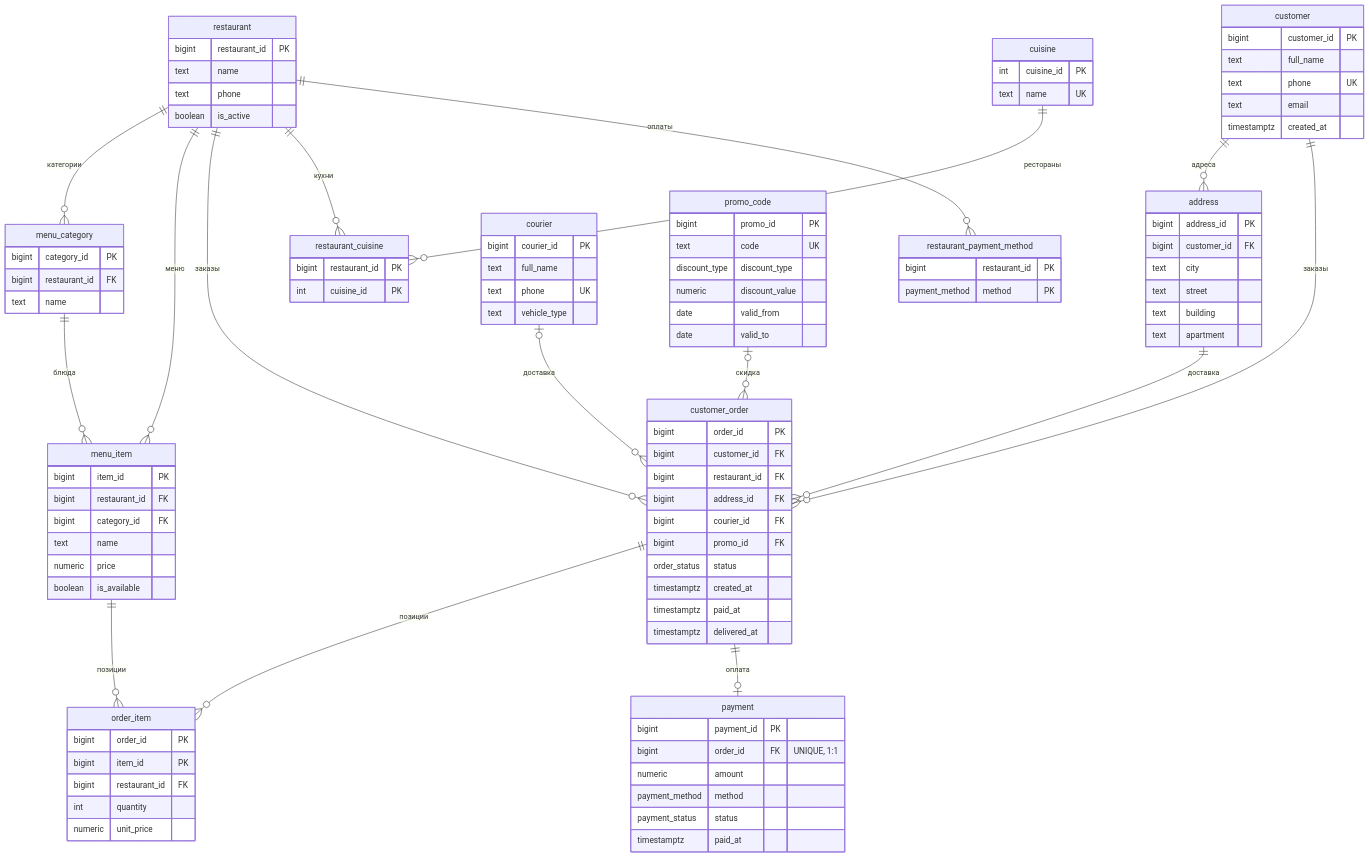
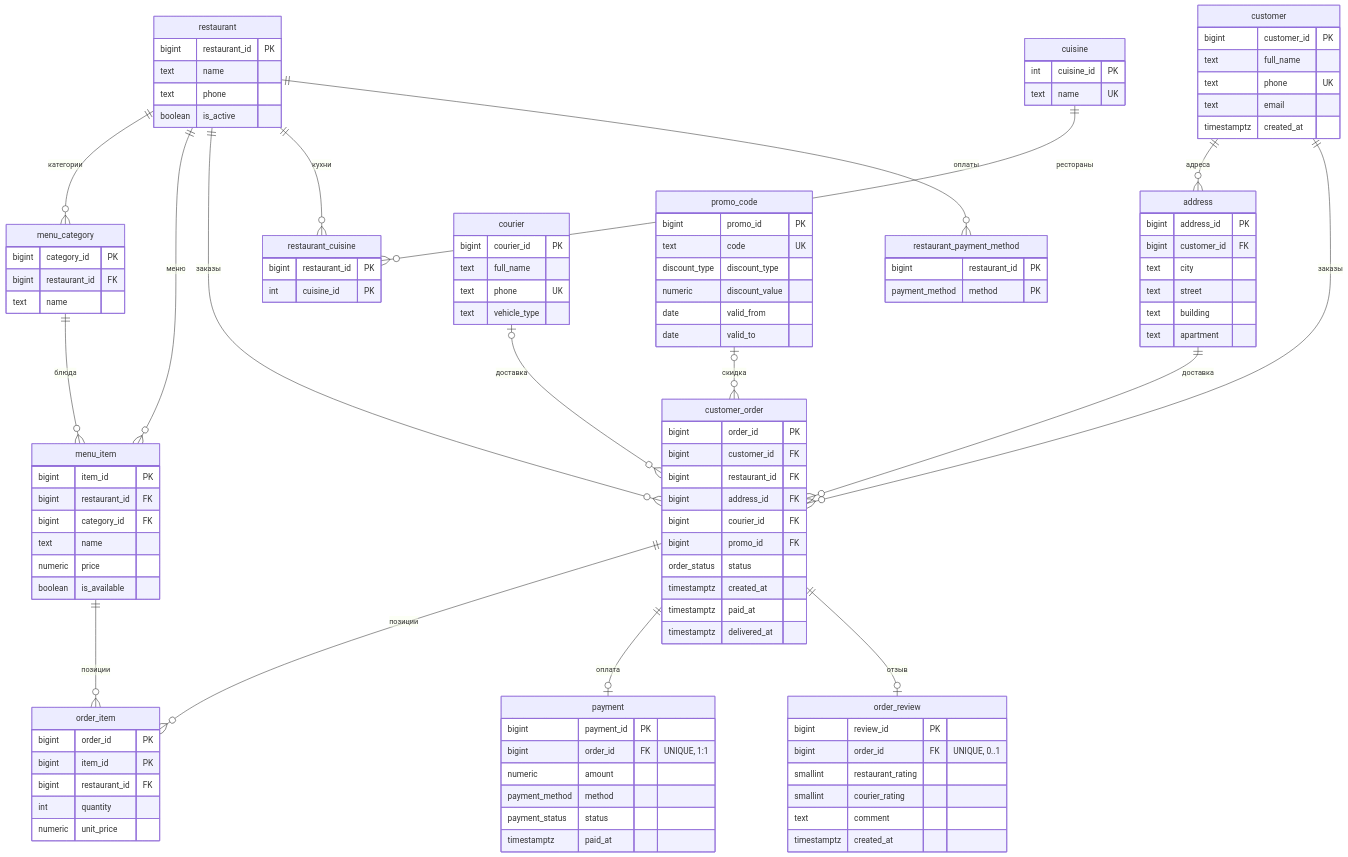
Before and after one commit to kapsul386/hse-bd: the diagram in db_project/Итоговый документ.md, drawn with Mermaid. The commit also changed other lines of this file and 12 other files, not shown here.

First line of the commit message:
Initialize DB project structure and restaurant delivery schema

````diff
--- a/db_project/Итоговый документ.md
+++ b/db_project/Итоговый документ.md
@@ -114,6 +122,7 @@
     menu_item ||--o{ order_item : "позиции"
     customer_order ||--o{ order_item : "позиции"
     customer_order ||--o| payment : "оплата"
+    customer_order ||--o| order_review : "отзыв"
     courier |o--o{ customer_order : "доставка"
     promo_code |o--o{ customer_order : "скидка"
 
@@ -204,4 +213,12 @@
         payment_status status
         timestamptz paid_at
     }
+    order_review {
+        bigint review_id PK
+        bigint order_id FK "UNIQUE, 0..1"
+        smallint restaurant_rating
+        smallint courier_rating
+        text comment
+        timestamptz created_at
+    }
 ```
````
